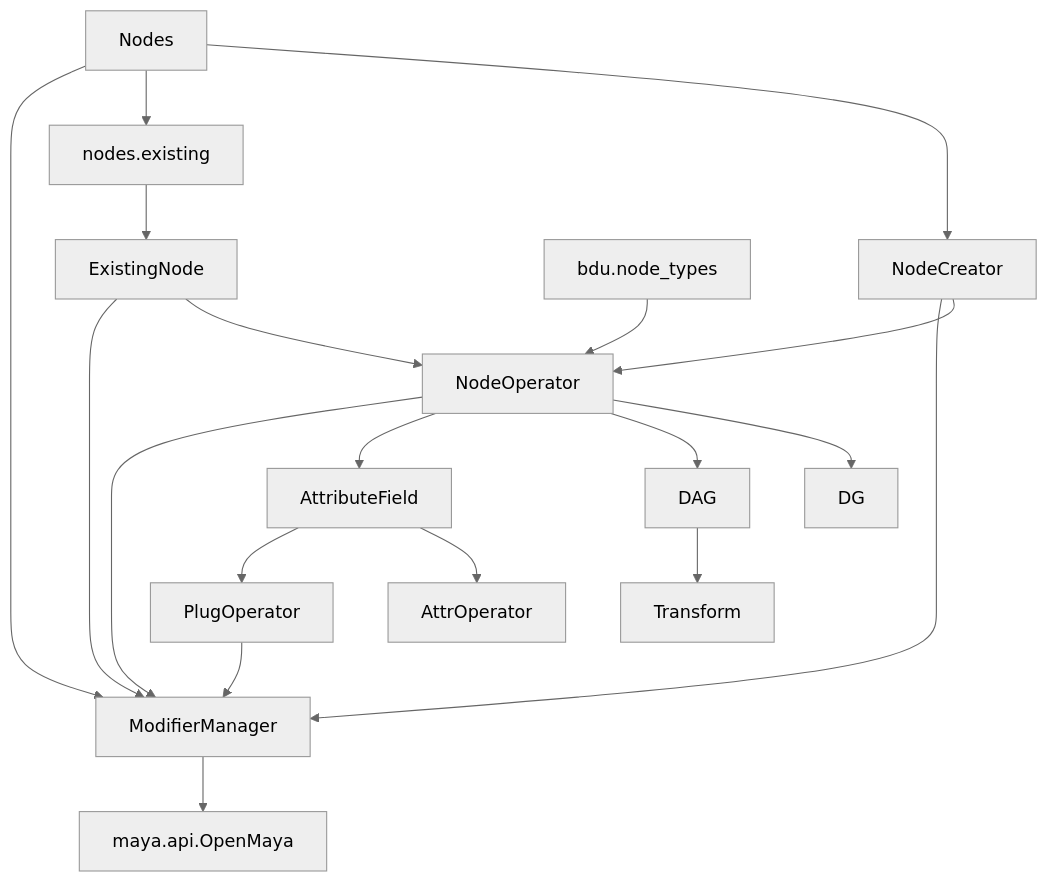
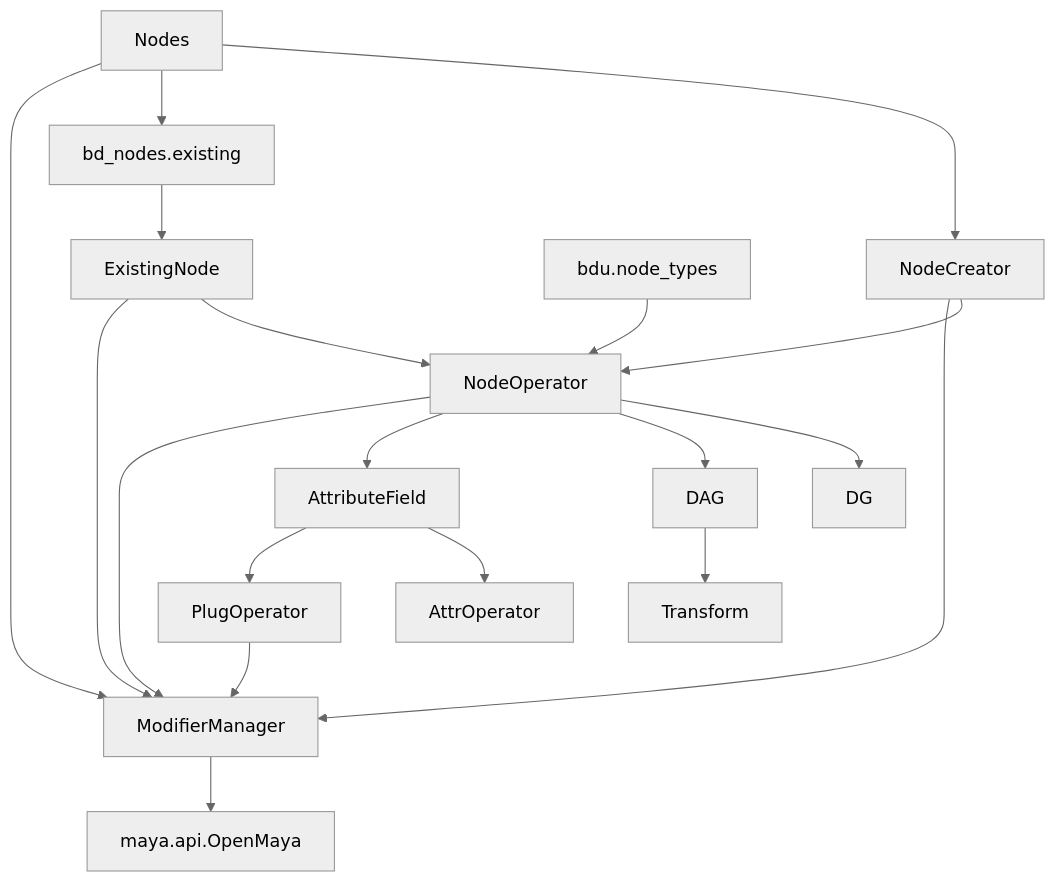
The diagram in bakedanuki/bakedanuki-util/docs/maya/node_operator/README.md (AkihiroMamiduka/bakedanuki-util), drawn with Mermaid (neutral theme) before and after one commit. The commit also changed other lines of this file and 158 other files, not shown here.

````diff
--- a/bakedanuki/bakedanuki-util/docs/maya/node_operator/README.md
+++ b/bakedanuki/bakedanuki-util/docs/maya/node_operator/README.md
@@ -130,36 +130,36 @@
 ```mermaid
 flowchart TD
     NodeOperator["NodeOperator"]
     DG["DG"]
     DAG["DAG"]
     Transform["Transform"]
     AttributeField["AttributeField"]
     AttrOperator["AttrOperator"]
     PlugOperator["PlugOperator"]
     ModifierManager["ModifierManager"]
     Nodes["Nodes"]
     NodeCreator["NodeCreator"]
-    ExistingAccessor["nodes.existing"]
+    ExistingAccessor["bd_nodes.existing"]
     ExistingNode["ExistingNode"]
     NodeTypes["bdu.node_types"]
     OpenMaya["maya.api.OpenMaya"]
 
     Nodes --> NodeCreator
     Nodes --> ExistingAccessor
     Nodes --> ModifierManager
     ExistingAccessor --> ExistingNode
     NodeCreator --> NodeOperator
     NodeCreator --> ModifierManager
     ExistingNode --> NodeOperator
     ExistingNode --> ModifierManager
     NodeTypes --> NodeOperator
     NodeOperator --> DG
     NodeOperator --> DAG
     DAG --> Transform
     NodeOperator --> AttributeField
     AttributeField --> AttrOperator
     AttributeField --> PlugOperator
     PlugOperator --> ModifierManager
     NodeOperator --> ModifierManager
     ModifierManager --> OpenMaya
 ```
````
